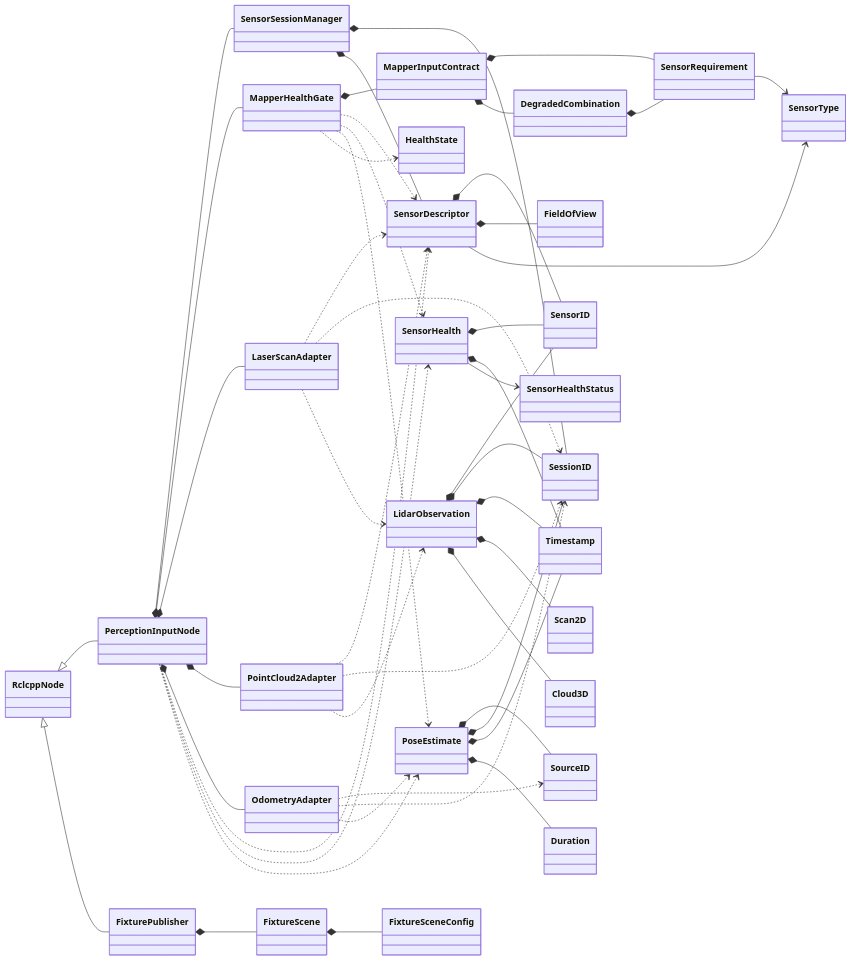
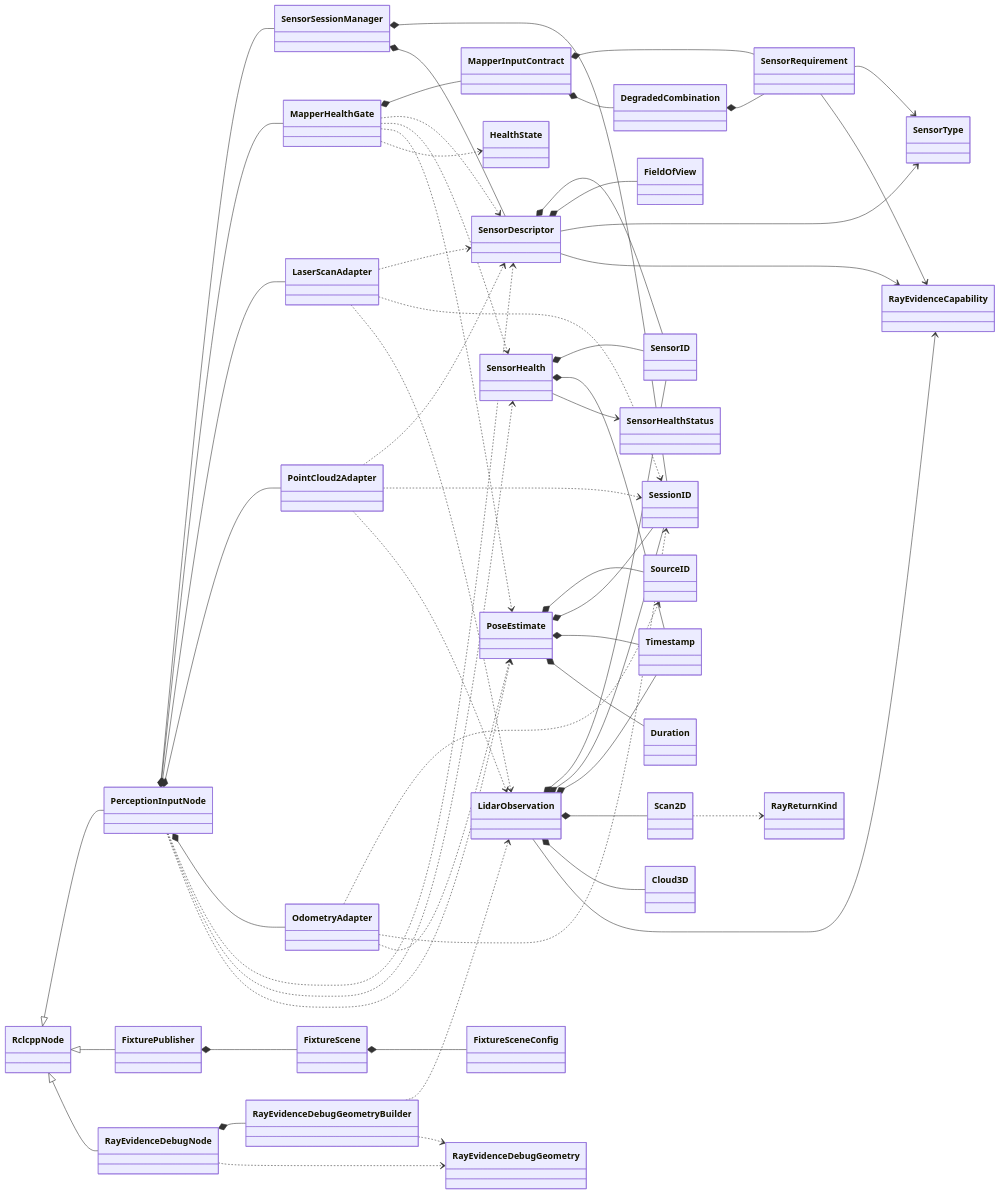
One commit to qian-loong/alien_scanner changed the second of 3 diagrams in docs/perception-class-relations.md. Above: the diagram before and after it, drawn with Mermaid. The commit also changed other lines of this file and 50 other files, not shown here.

Commit message:
phase4(step1): add ray evidence capability and debug view

````diff
--- a/docs/perception-class-relations.md
+++ b/docs/perception-class-relations.md
@@ -117,12 +127,14 @@
     class Timestamp
     class Duration
     class SensorType
+    class RayEvidenceCapability
     class SensorDescriptor
     class FieldOfView
     class SensorHealth
     class SensorHealthStatus
 
     class Scan2D
+    class RayReturnKind
     class Cloud3D
     class LidarObservation
     class PoseEstimate
@@ -142,13 +154,18 @@
     class FixtureSceneConfig
     class FixtureScene
     class FixturePublisher
+    class RayEvidenceDebugGeometry
+    class RayEvidenceDebugGeometryBuilder
+    class RayEvidenceDebugNode
 
     RclcppNode <|-- PerceptionInputNode
     RclcppNode <|-- FixturePublisher
+    RclcppNode <|-- RayEvidenceDebugNode
 
     SensorDescriptor *-- SensorID
     SensorDescriptor *-- FieldOfView
     SensorDescriptor --> SensorType
+    SensorDescriptor --> RayEvidenceCapability
     SensorHealth *-- SensorID
     SensorHealth *-- Timestamp
     SensorHealth --> SensorHealthStatus
@@ -158,12 +175,15 @@
     LidarObservation *-- Timestamp
     LidarObservation *-- Scan2D
     LidarObservation *-- Cloud3D
+    LidarObservation --> RayEvidenceCapability
+    Scan2D ..> RayReturnKind
     PoseEstimate *-- SourceID
     PoseEstimate *-- SessionID
     PoseEstimate *-- Timestamp
     PoseEstimate *-- Duration
 
     SensorRequirement --> SensorType
+    SensorRequirement --> RayEvidenceCapability
     DegradedCombination *-- SensorRequirement
     MapperInputContract *-- SensorRequirement
     MapperInputContract *-- DegradedCombination
@@ -197,4 +217,8 @@
 
     FixtureScene *-- FixtureSceneConfig
     FixturePublisher *-- FixtureScene
+    RayEvidenceDebugGeometryBuilder ..> LidarObservation
+    RayEvidenceDebugGeometryBuilder ..> RayEvidenceDebugGeometry
+    RayEvidenceDebugNode *-- RayEvidenceDebugGeometryBuilder
+    RayEvidenceDebugNode ..> RayEvidenceDebugGeometry
 ```
````
